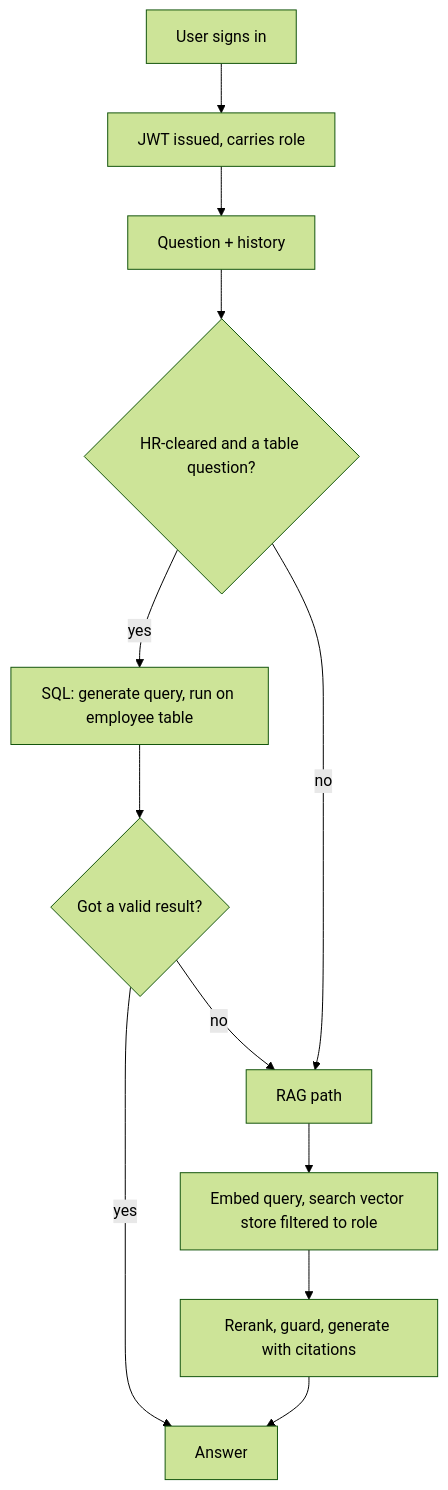
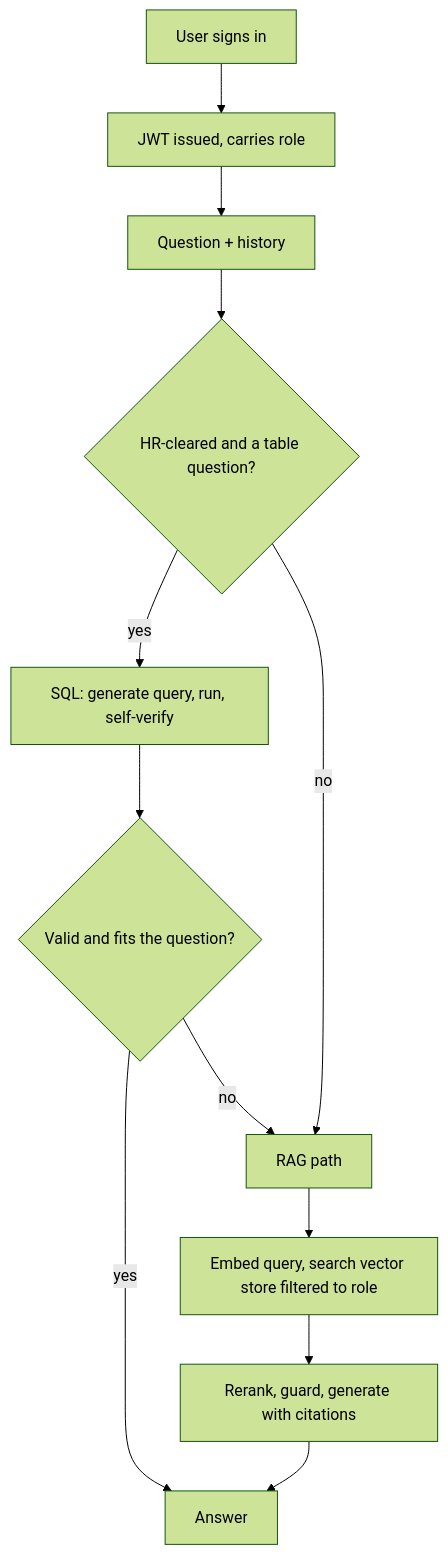
The diagram in README.md (chai-sura/Finance-RAG-chatbot), drawn with Mermaid (forest theme) before and after one commit. The commit also changed other lines of this file, not shown here.

````diff
--- a/README.md
+++ b/README.md
@@ -35,14 +59,14 @@
 ```mermaid
 flowchart TD
     A[User signs in] --> B[JWT issued, carries role]
     B --> C[Question + history]
     C --> D{HR-cleared and a table question?}
-    D -- yes --> E[SQL: generate query, run on employee table]
-    E --> F{Got a valid result?}
+    D -- yes --> E[SQL: generate query, run, self-verify]
+    E --> F{Valid and fits the question?}
     F -- yes --> Z[Answer]
     F -- no --> G[RAG path]
     D -- no --> G[RAG path]
     G --> H[Embed query, search vector store filtered to role]
     H --> I[Rerank, guard, generate with citations]
     I --> Z[Answer]
 ```
````
